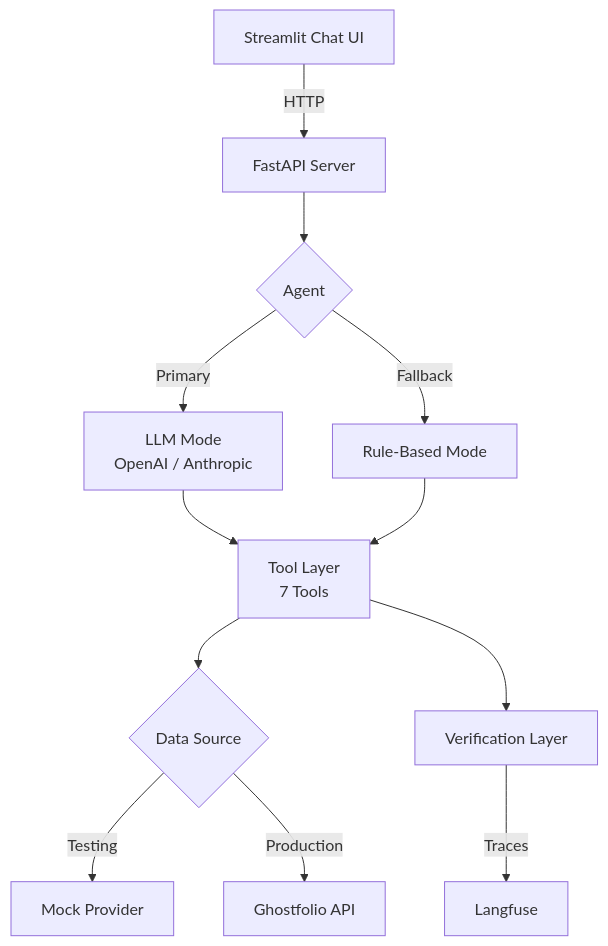
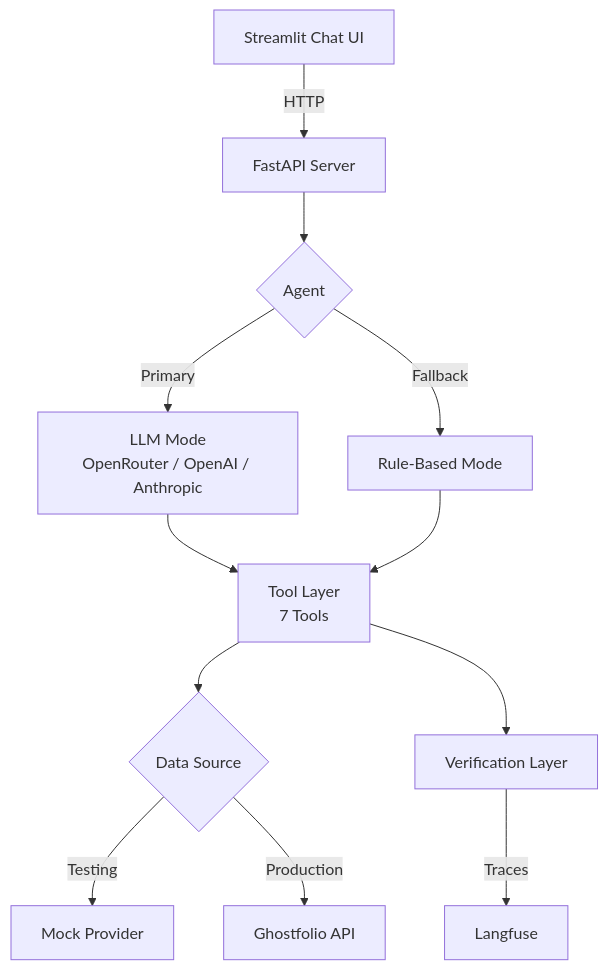
The diagram in README.md (leszekbar/ghostfolio-agent), drawn with Mermaid before and after one commit. The commit also changed other lines of this file, not shown here.

Commit message:
Document OpenRouter model configuration in README

````diff
--- a/README.md
+++ b/README.md
@@ -7,14 +7,14 @@
 ```mermaid
 graph TD
     A[Streamlit Chat UI] -->|HTTP| B[FastAPI Server]
     B --> C{Agent}
-    C -->|Primary| D[LLM Mode<br/>OpenAI / Anthropic]
+    C -->|Primary| D[LLM Mode<br/>OpenRouter / OpenAI / Anthropic]
     C -->|Fallback| E[Rule-Based Mode]
     D --> F[Tool Layer<br/>7 Tools]
     E --> F
     F --> G{Data Source}
     G -->|Testing| H[Mock Provider]
     G -->|Production| I[Ghostfolio API]
     F --> J[Verification Layer]
     J -->|Traces| K[Langfuse]
 ```
````
